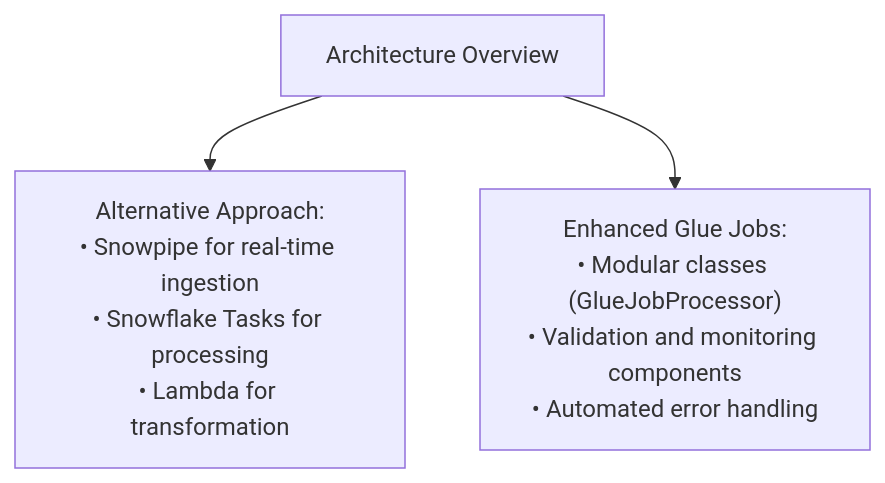
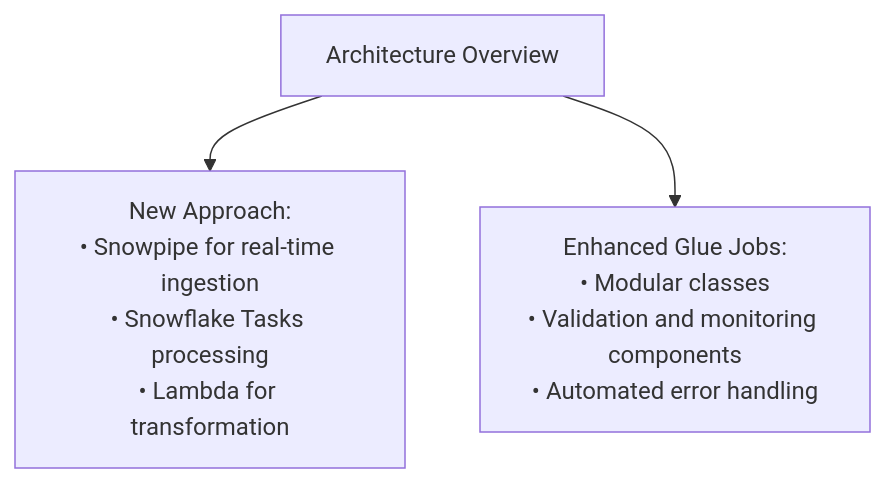
The third of 17 diagrams in mermaid.md (veronelazio/wezterm), drawn with Mermaid before and after one commit. The commit also changed other lines of this file, not shown here.

````diff
--- a/mermaid.md
+++ b/mermaid.md
@@ -54,5 +54,5 @@
 ```mermaid
 flowchart TD
-    A1["Architecture Overview"] --> A2["Alternative Approach:<br/>• Snowpipe for real-time ingestion<br/>• Snowflake Tasks for processing<br/>• Lambda for transformation"]
-    A1 --> A3["Enhanced Glue Jobs:<br/>• Modular classes (GlueJobProcessor)<br/>• Validation and monitoring components<br/>• Automated error handling"]
+    A1["Architecture Overview"] --> A2["New Approach:<br/>• Snowpipe for real-time ingestion<br/>• Snowflake Tasks processing<br/>• Lambda for transformation"]
+    A1 --> A3["Enhanced Glue Jobs:<br/>• Modular classes<br/>• Validation and monitoring components<br/>• Automated error handling"]
 ```
````
